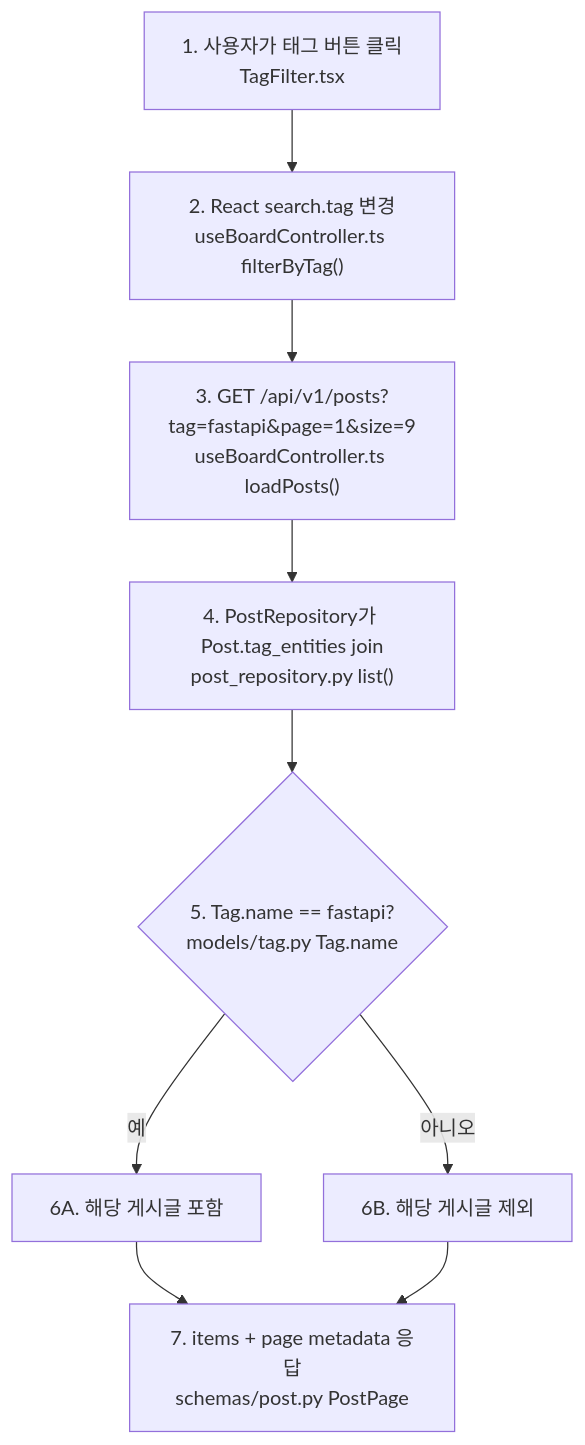
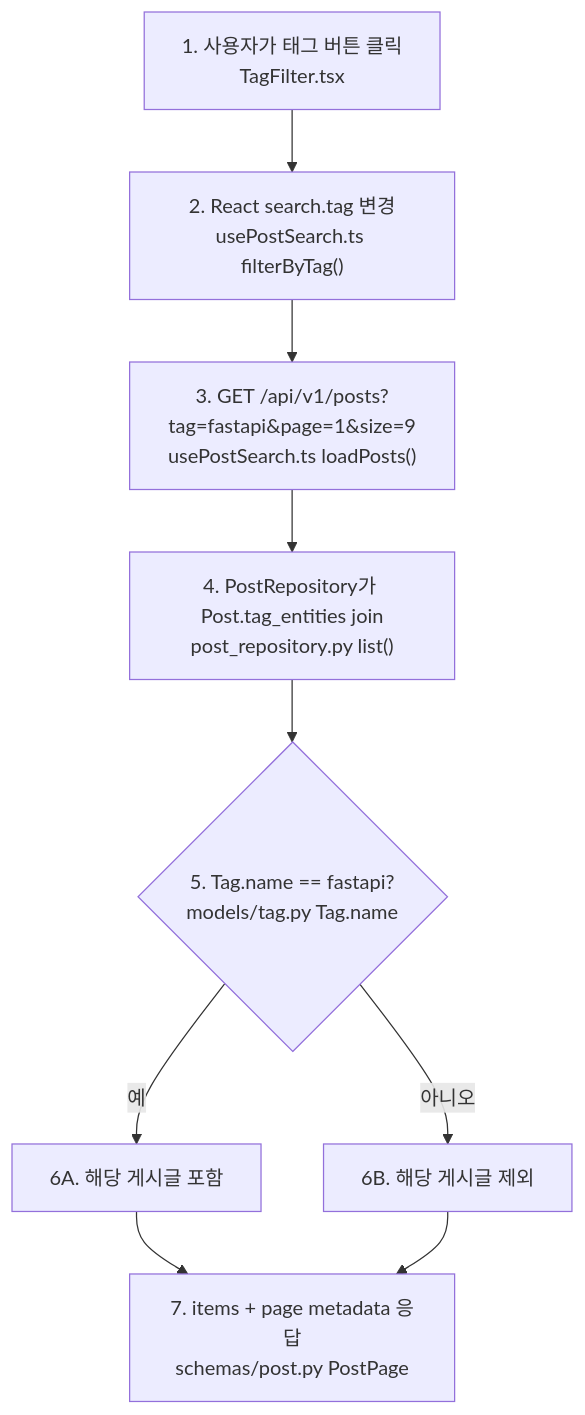
The fifth of 6 diagrams in docs2/sprint-4/implementation-record.md (JUNGLE-TEAM1/W16_team_sprint), drawn with Mermaid before and after one commit. The commit also changed other lines of this file and 7 other files, not shown here.

````diff
--- a/docs2/sprint-4/implementation-record.md
+++ b/docs2/sprint-4/implementation-record.md
@@ -541,11 +567,11 @@
 ```mermaid
 flowchart TD
-    A["1. 사용자가 태그 버튼 클릭<br/>TagFilter.tsx"] --> B["2. React search.tag 변경<br/>useBoardController.ts filterByTag()"]
-    B --> C["3. GET /api/v1/posts?tag=fastapi&page=1&size=9<br/>useBoardController.ts loadPosts()"]
+    A["1. 사용자가 태그 버튼 클릭<br/>TagFilter.tsx"] --> B["2. React search.tag 변경<br/>usePostSearch.ts filterByTag()"]
+    B --> C["3. GET /api/v1/posts?tag=fastapi&page=1&size=9<br/>usePostSearch.ts loadPosts()"]
     C --> D["4. PostRepository가 Post.tag_entities join<br/>post_repository.py list()"]
     D --> E{"5. Tag.name == fastapi?<br/>models/tag.py Tag.name"}
     E -- "예" --> F["6A. 해당 게시글 포함"]
     E -- "아니오" --> G["6B. 해당 게시글 제외"]
     F --> H["7. items + page metadata 응답<br/>schemas/post.py PostPage"]
     G --> H
 ```
````
